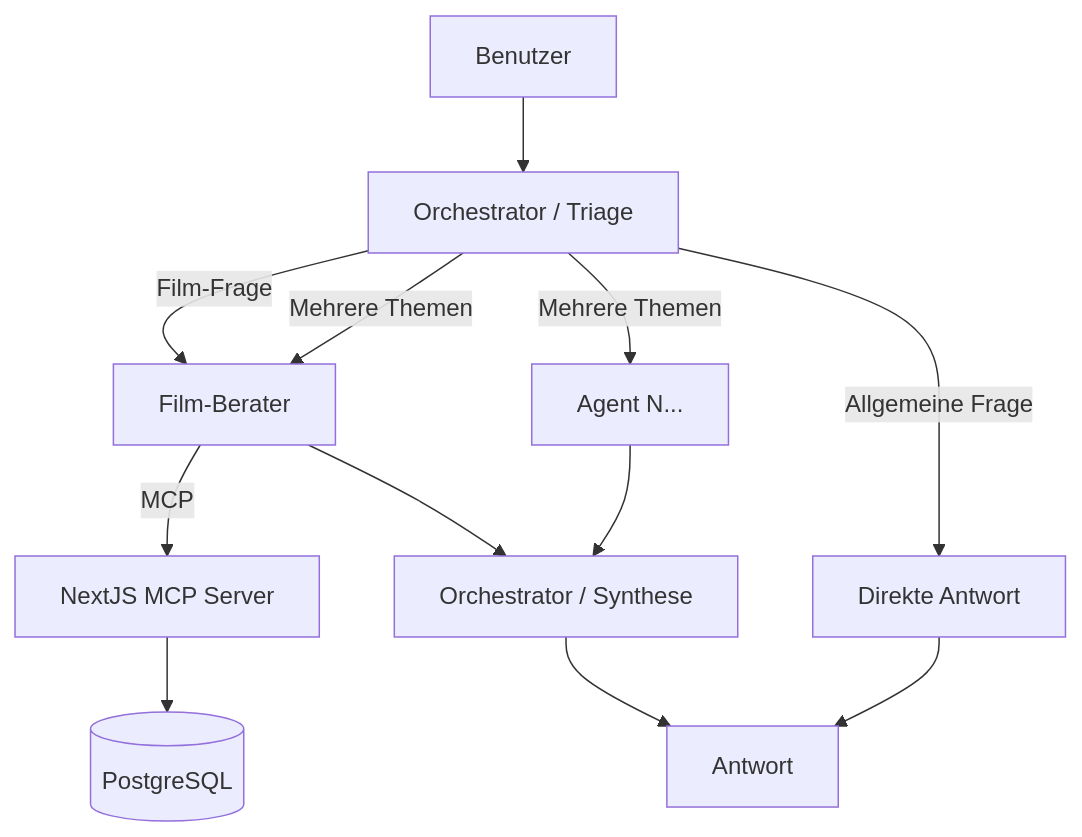
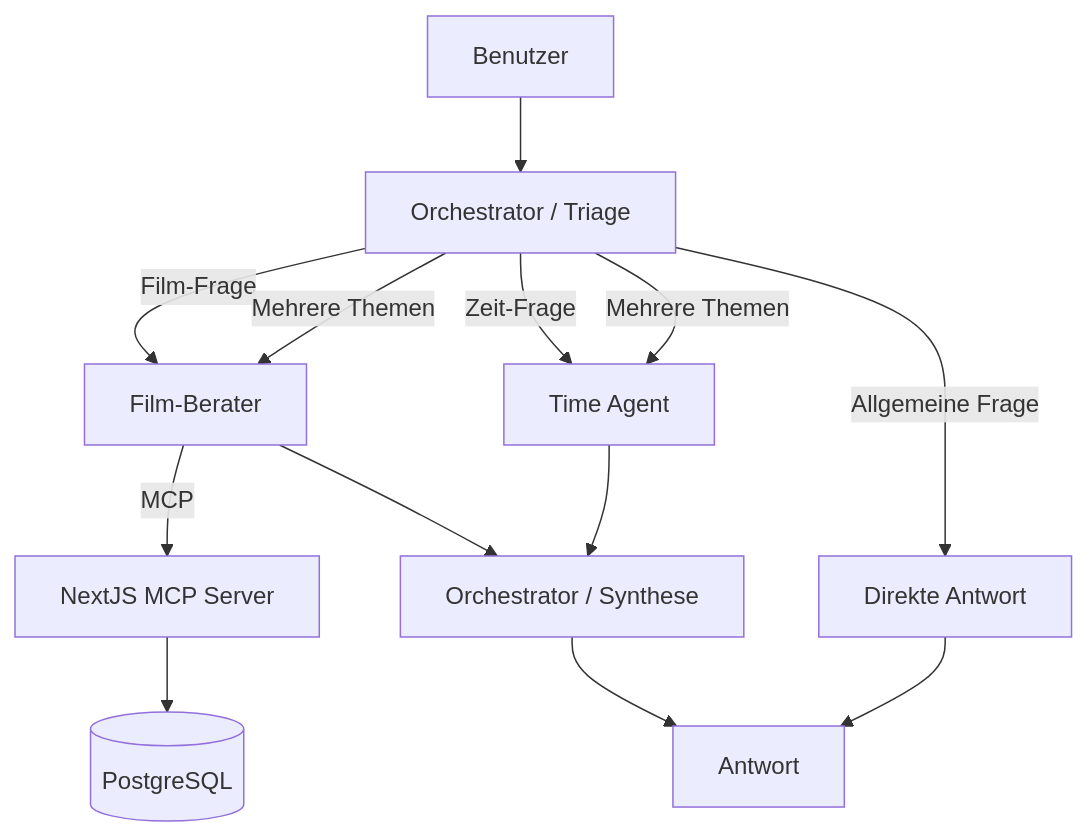
One commit to framem/lm-stack changed the diagram in lang-graph/README.md. Above: the diagram before and after it, drawn with Mermaid. The commit also changed 28 other files, not shown here.

````diff
--- a/lang-graph/README.md
+++ b/lang-graph/README.md
@@ -7,13 +7,14 @@
 ```mermaid
 graph TD
     User[Benutzer] --> Triage[Orchestrator / Triage]
     Triage -->|Film-Frage| FilmAdvisor[Film-Berater]
-    Triage -->|Mehrere Themen| FilmAdvisor & AgentN[Agent N...]
+    Triage -->|Zeit-Frage| TimeAgent[Time Agent]
+    Triage -->|Mehrere Themen| FilmAdvisor & TimeAgent
     Triage -->|Allgemeine Frage| DirectAnswer[Direkte Antwort]
     FilmAdvisor -->|MCP| MCPServer[NextJS MCP Server]
     MCPServer --> DB[(PostgreSQL)]
     FilmAdvisor --> Orchestrator[Orchestrator / Synthese]
-    AgentN --> Orchestrator
+    TimeAgent --> Orchestrator
     Orchestrator --> Response[Antwort]
     DirectAnswer --> Response
 ```
````
